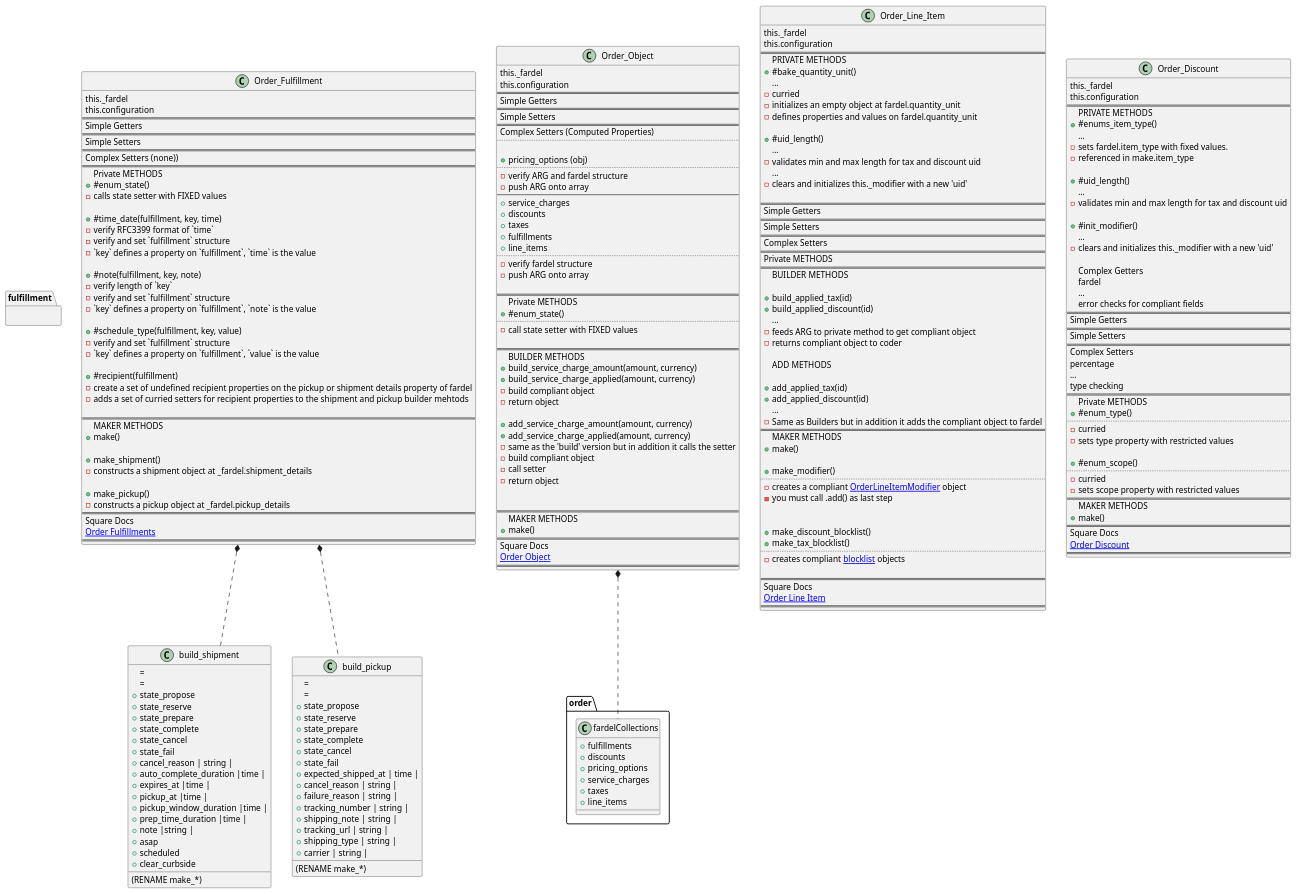
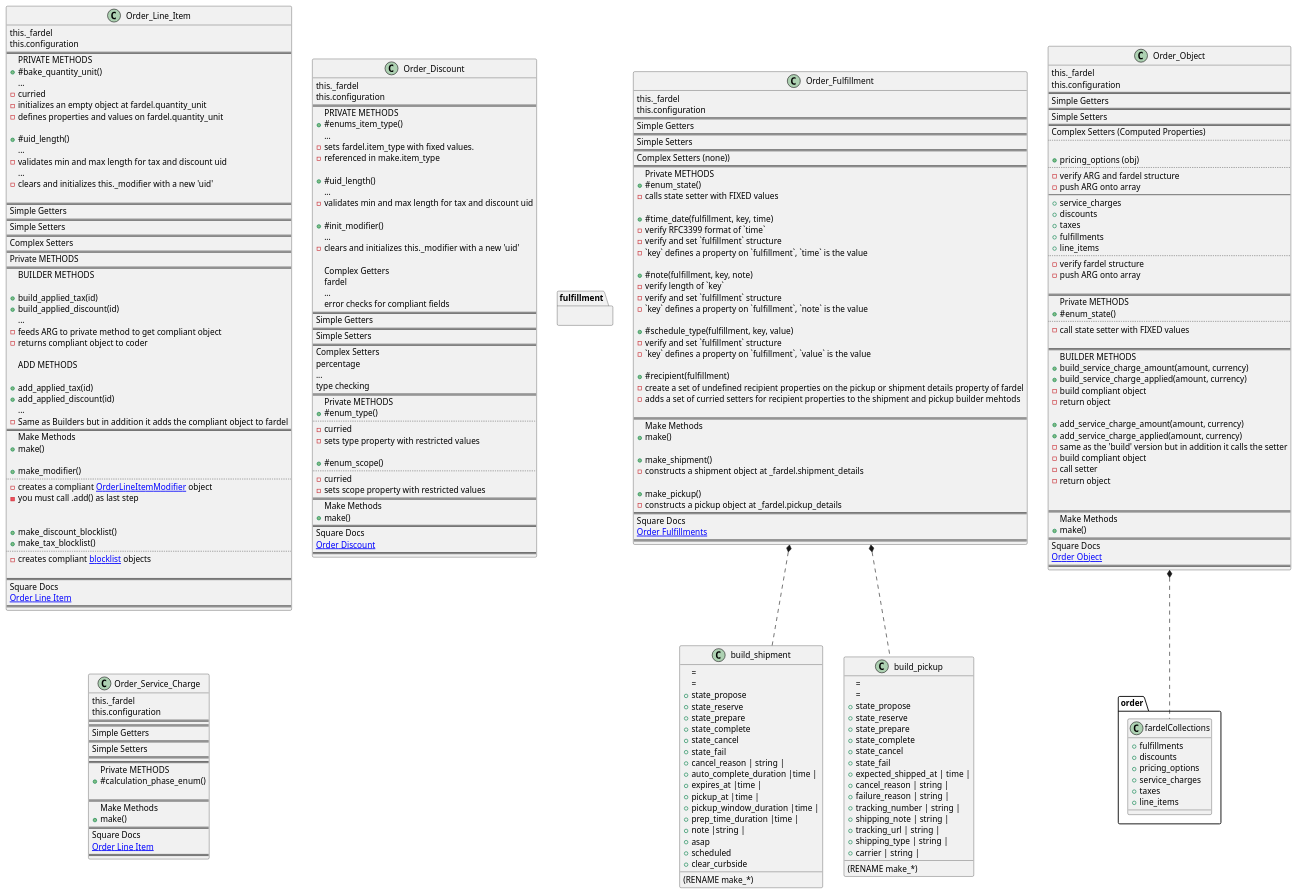
The diagram in docs/uml/pie_order_object.puml (TwoFistedJustice/square-pie), drawn with PlantUML before and after one commit.

Commit message:
docs: add Order_Service_Charge to UML diagrams

```diff
--- a/docs/uml/pie_order_object.puml
+++ b/docs/uml/pie_order_object.puml
@@ -68,7 +68,7 @@
 
 
 ==
-MAKER METHODS
+Make Methods
 + make()
 ==
 Square Docs
@@ -109,7 +109,7 @@
 - adds a set of curried setters for recipient properties to the shipment and pickup builder mehtods
 
 ==
-MAKER METHODS
+Make Methods
 + make()
 
 + make_shipment()
@@ -164,7 +164,7 @@
 ...
 - Same as Builders but in addition it adds the compliant object to fardel
 ==
-MAKER METHODS
+Make Methods
 + make()
 
 +make_modifier()
@@ -229,13 +229,39 @@
 - curried
 - sets scope property with restricted values
 ==
-MAKER METHODS
+Make Methods
 + make()
 ==
 Square Docs
 [[https://developer.squareup.com/reference/square/objects/OrderLineItemDiscount Order Discount]]
 ==
 }
+
+
+
+class Order_Service_Charge {
+this._fardel
+this.configuration
+==
+==
+Simple Getters
+==
+Simple Setters
+==
+==
+Private METHODS
++#calculation_phase_enum()
+
+==
+Make Methods
++ make()
+==
+Square Docs
+[[https://developer.squareup.com/reference/square_2022-01-20/objects/OrderServiceCharge Order Line Item ]]
+==
+}
+
+
 
 
 
```
